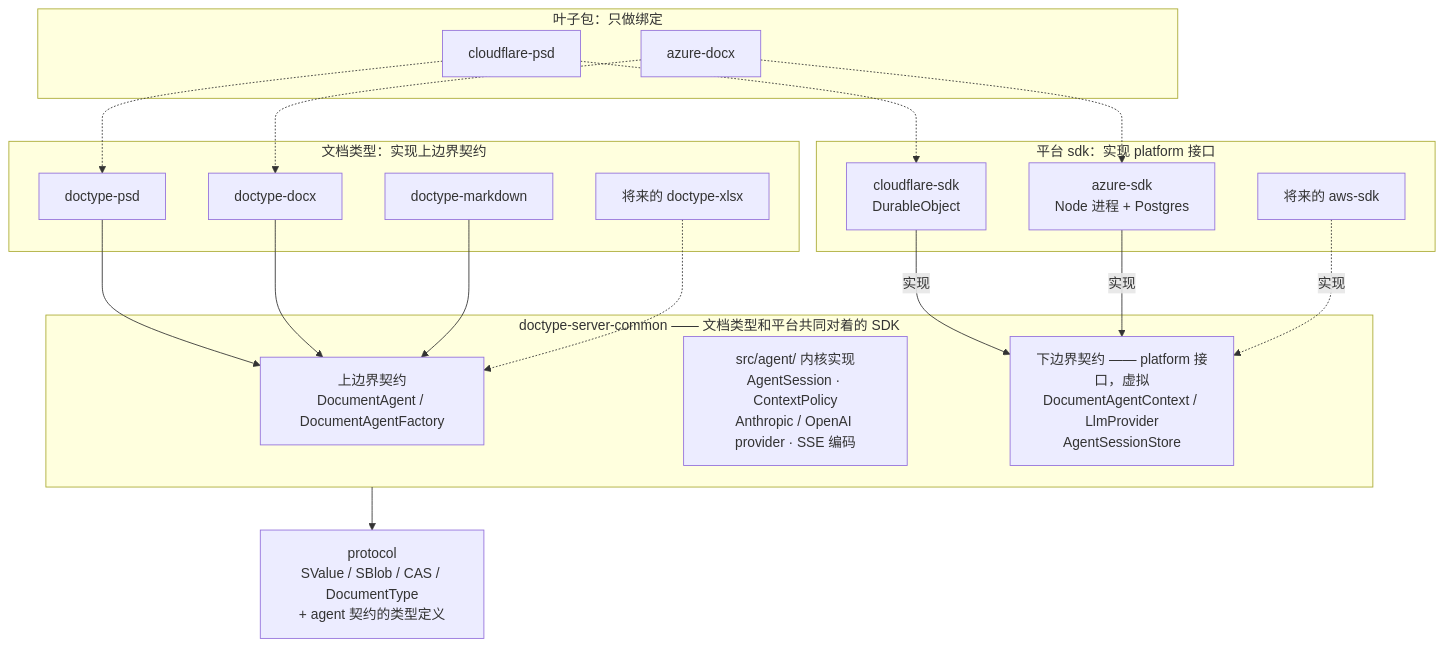
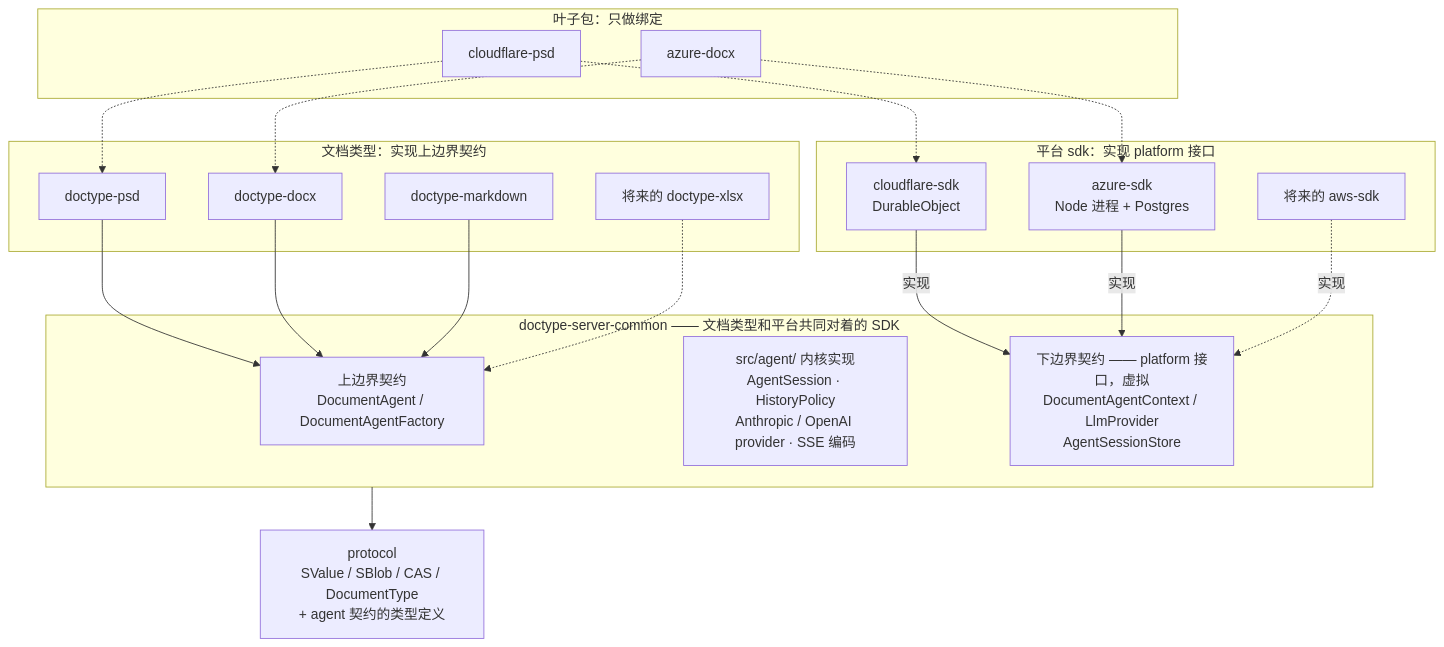
One commit to shazhou-ww/unidocs changed the fourth of 15 diagrams in docs/superpowers/specs/2026-08-26-agent-sdk-design.md. Above: the diagram before and after it, drawn with Mermaid. The commit also changed other lines of this file, not shown here.

First line of the commit message:
docs(agent-sdk): ContextPolicy 改名 HistoryPolicy,避免与 DocumentAgentContext 撞名

````diff
--- a/docs/superpowers/specs/2026-08-26-agent-sdk-design.md
+++ b/docs/superpowers/specs/2026-08-26-agent-sdk-design.md
@@ -277,44 +279,44 @@
 ```mermaid
 flowchart TB
     subgraph dt["文档类型：实现上边界契约"]
         psd["doctype-psd"]
         docx["doctype-docx"]
         md["doctype-markdown"]
         xlsx["将来的 doctype-xlsx"]
     end
 
     subgraph sdk["doctype-server-common —— 文档类型和平台共同对着的 SDK"]
         UP["上边界契约<br/>DocumentAgent / DocumentAgentFactory"]
-        KERNEL["src/agent/ 内核实现<br/>AgentSession · ContextPolicy<br/>Anthropic / OpenAI provider · SSE 编码"]
+        KERNEL["src/agent/ 内核实现<br/>AgentSession · HistoryPolicy<br/>Anthropic / OpenAI provider · SSE 编码"]
         DOWN["下边界契约 —— platform 接口，虚拟<br/>DocumentAgentContext / LlmProvider<br/>AgentSessionStore"]
     end
 
     subgraph plat["平台 sdk：实现 platform 接口"]
         cf["cloudflare-sdk<br/>DurableObject"]
         az["azure-sdk<br/>Node 进程 + Postgres"]
         aws["将来的 aws-sdk"]
     end
 
     subgraph leaf["叶子包：只做绑定"]
         L1["cloudflare-psd"]
         L2["azure-docx"]
     end
 
     proto["protocol<br/>SValue / SBlob / CAS / DocumentType<br/>+ agent 契约的类型定义"]
 
     psd --> UP
     docx --> UP
     md --> UP
     xlsx -.-> UP
 
     cf -->|"实现"| DOWN
     az -->|"实现"| DOWN
     aws -.->|"实现"| DOWN
 
     sdk --> proto
 
     L1 -.-> psd
     L1 -.-> cf
     L2 -.-> docx
     L2 -.-> az
 ```
````
